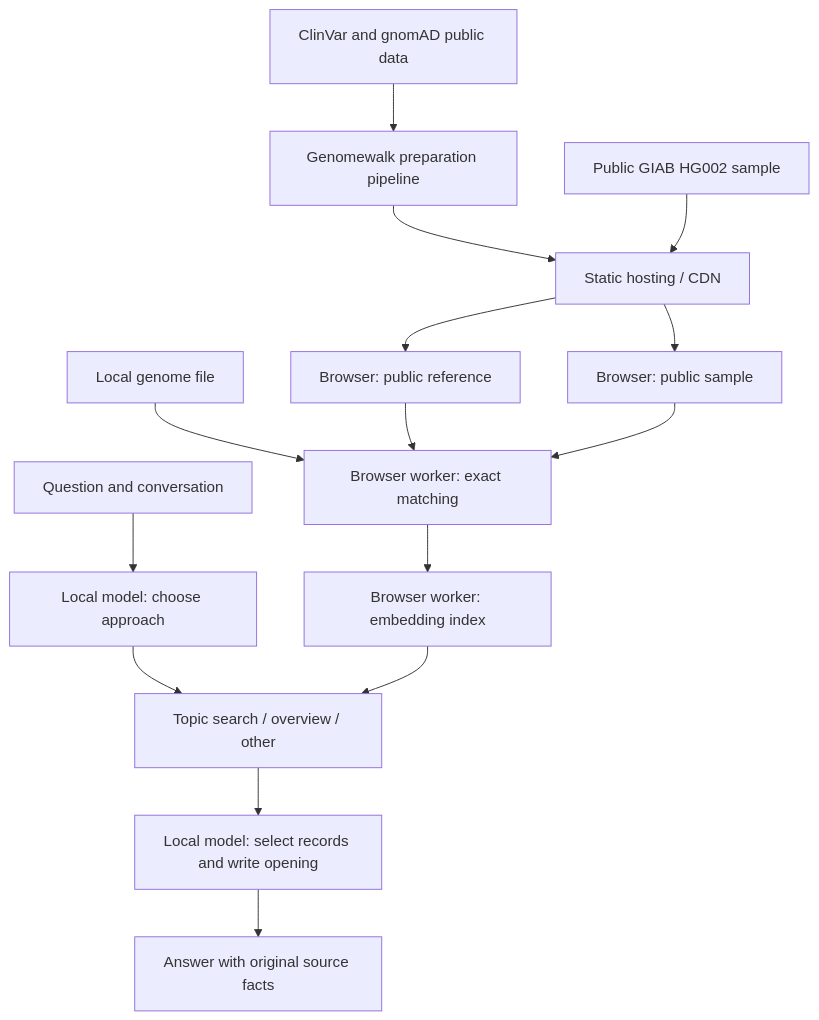
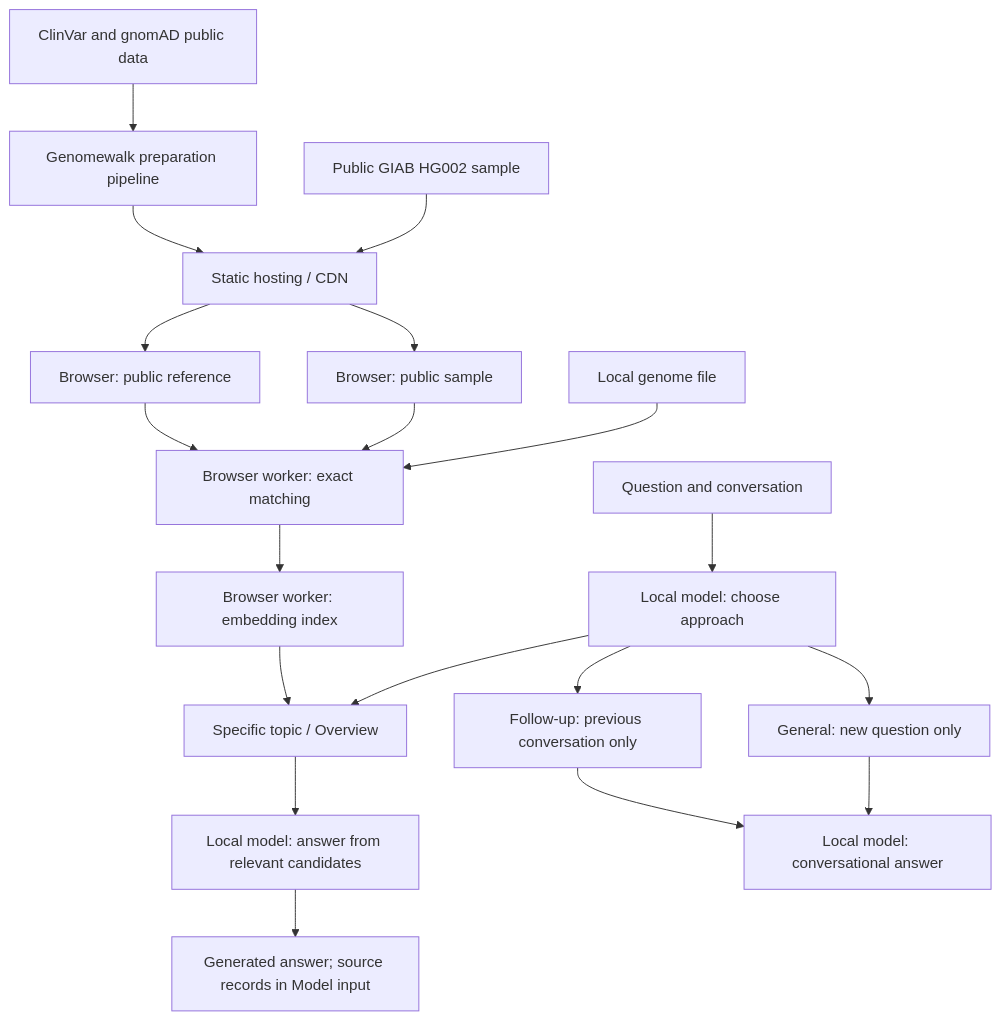
One commit to genomewalk/genomewalk-ai changed the diagram in docs/ARCHITECTURE.md. Above: the diagram before and after it, drawn with Mermaid. The commit also changed other lines of this file and 102 other files, not shown here.

````diff
--- a/docs/ARCHITECTURE.md
+++ b/docs/ARCHITECTURE.md
@@ -5,17 +5,21 @@
 ```mermaid
 flowchart TD
   C[ClinVar and gnomAD public data] --> P[Genomewalk preparation pipeline]
   P --> S[Static hosting / CDN]
   H[Public GIAB HG002 sample] --> S
   S --> R[Browser: public reference]
   S --> G[Browser: public sample]
   F[Local genome file] --> M[Browser worker: exact matching]
   R --> M
   G --> M
   M --> I[Browser worker: embedding index]
   Q[Question and conversation] --> L[Local model: choose approach]
-  L --> T[Topic search / overview / other]
+  L --> T[Specific topic / Overview]
+  L --> U[Follow-up: previous conversation only]
+  L --> V[General: new question only]
   I --> T
-  T --> A[Local model: select records and write opening]
-  A --> D[Answer with original source facts]
+  T --> A[Local model: answer from relevant candidates]
+  U --> B[Local model: conversational answer]
+  V --> B
+  A --> D[Generated answer; source records in Model input]
 ```
````
